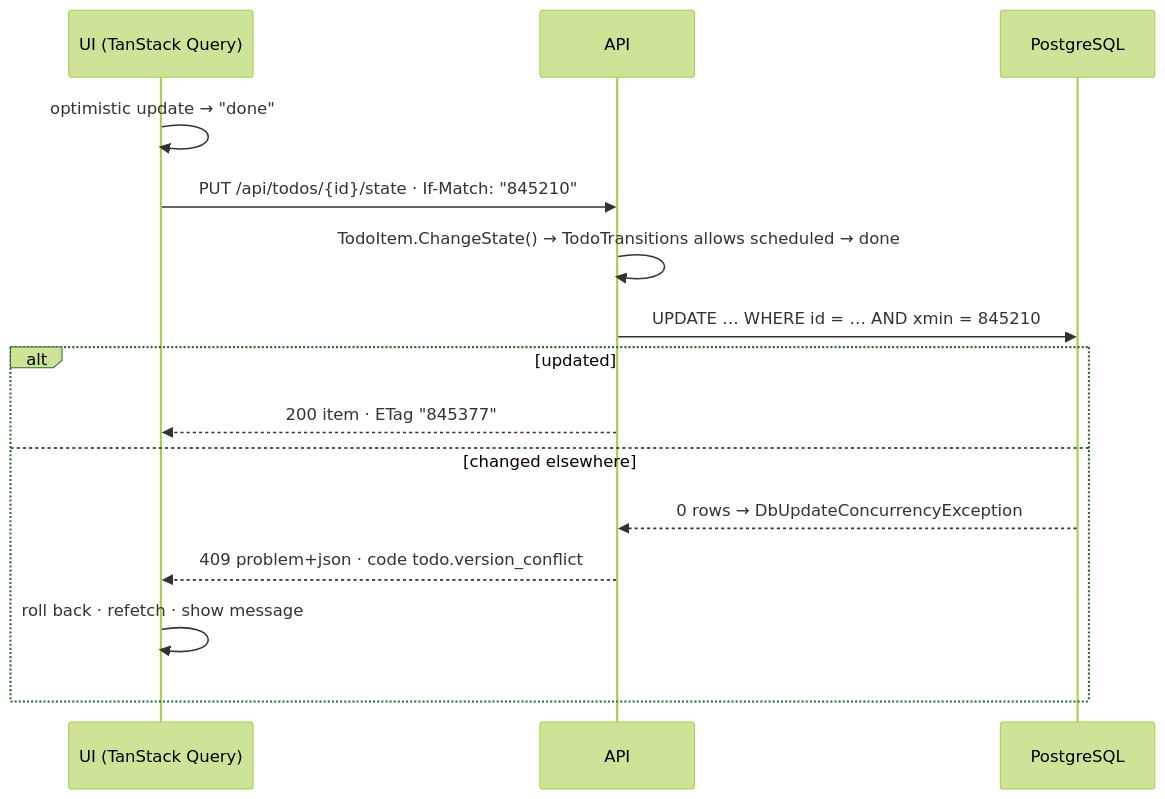
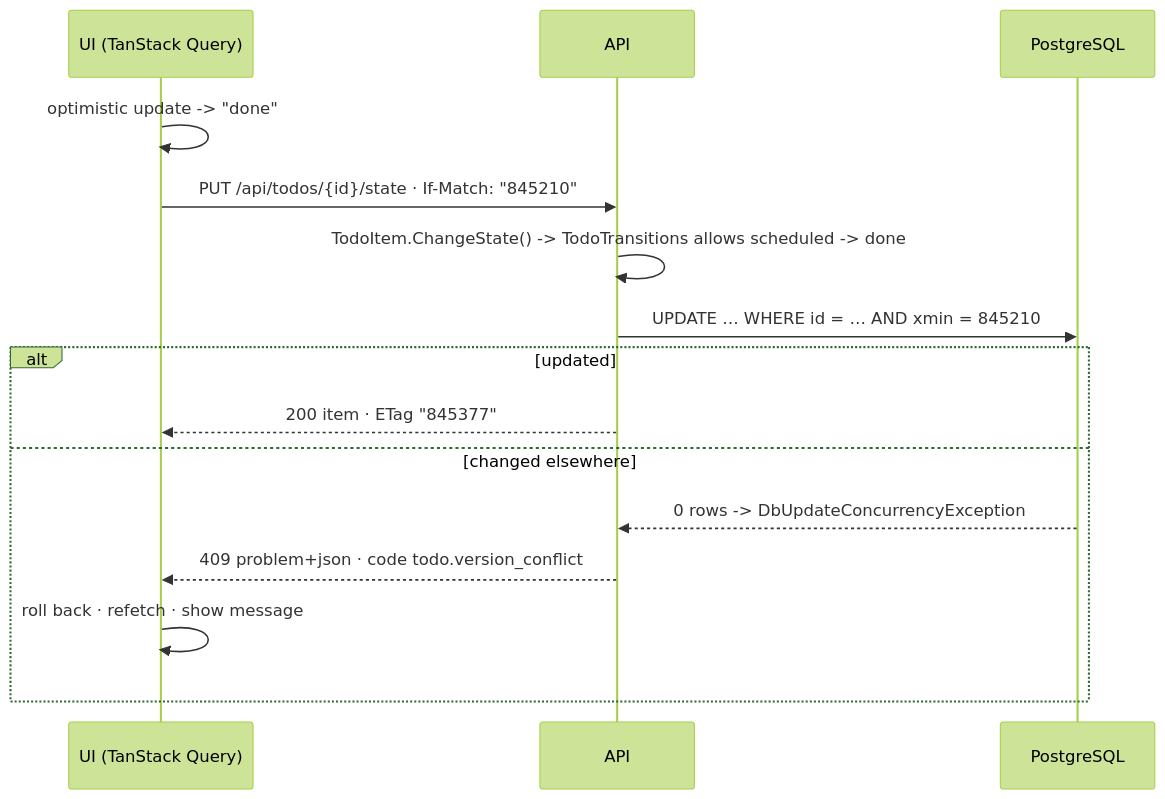
Before and after one commit to ring9834/MyTodos: the sixth of 8 diagrams in docs/architecture.md, drawn with Mermaid (forest theme). The commit also changed other lines of this file and 19 other files, not shown here.

````diff
--- a/docs/architecture.md
+++ b/docs/architecture.md
@@ -270,17 +270,17 @@
 ```mermaid
 sequenceDiagram
     participant U as UI (TanStack Query)
     participant A as API
     participant D as PostgreSQL
-    U->>U: optimistic update → "done"
+    U->>U: optimistic update -> "done"
     U->>A: PUT /api/todos/{id}/state · If-Match: "845210"
-    A->>A: TodoItem.ChangeState() → TodoTransitions allows scheduled → done
+    A->>A: TodoItem.ChangeState() -> TodoTransitions allows scheduled -> done
     A->>D: UPDATE … WHERE id = … AND xmin = 845210
     alt updated
         A-->>U: 200 item · ETag "845377"
     else changed elsewhere
-        D-->>A: 0 rows → DbUpdateConcurrencyException
+        D-->>A: 0 rows -> DbUpdateConcurrencyException
         A-->>U: 409 problem+json · code todo.version_conflict
         U->>U: roll back · refetch · show message
     end
 ```
````
